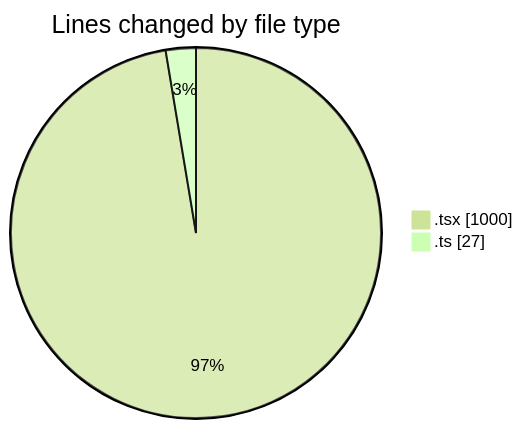
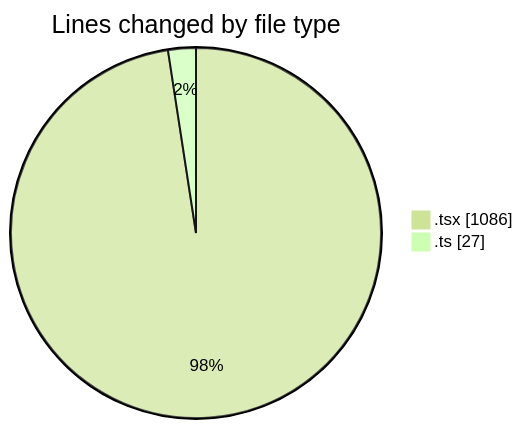
One commit to momahboobian/code-tracking changed the first of 2 diagrams in 2025-02-11/cda/README.md. Above: the diagram before and after it, drawn with Mermaid (forest theme). The commit also changed other lines of this file and 1 other file, not shown here.

````diff
--- a/2025-02-11/cda/README.md
+++ b/2025-02-11/cda/README.md
@@ -21,6 +21,6 @@
 ```mermaid
 pie showData
 title Lines changed by file type
-".tsx" : 1000
+".tsx" : 1086
 ".ts" : 27
 ```
````
